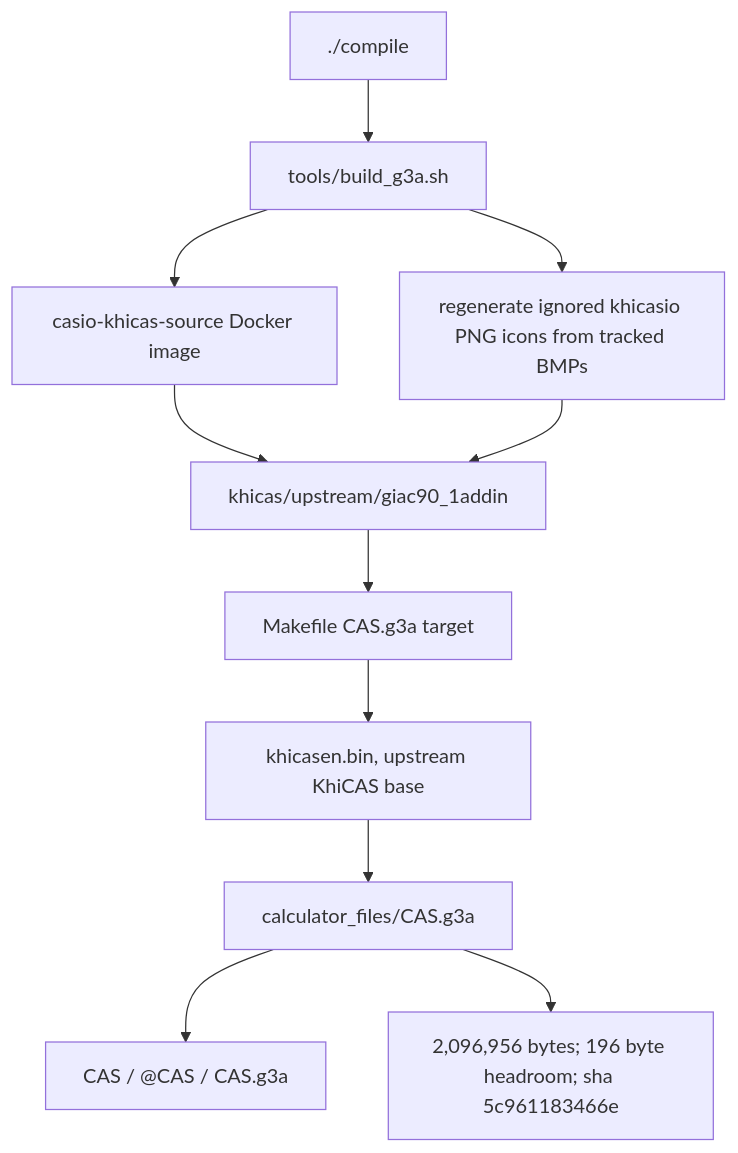
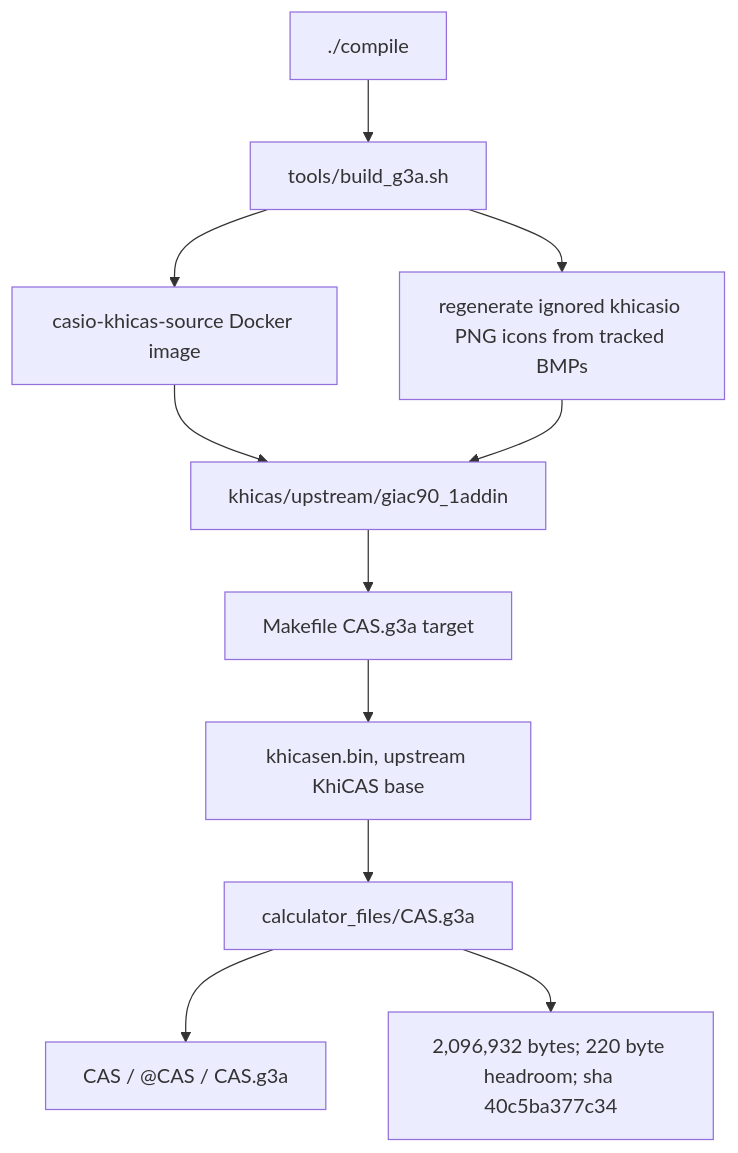
Before and after one commit to james8464/notes-addin-casio-fx-cg50: the first of 6 diagrams in docs/GRAPH.md, drawn with Mermaid. The commit also changed other lines of this file and 4 other files, not shown here.

````diff
--- a/docs/GRAPH.md
+++ b/docs/GRAPH.md
@@ -7,13 +7,13 @@
 ```mermaid
 graph TD
   Compile["./compile"] --> Build["tools/build_g3a.sh"]
   Build --> Docker["casio-khicas-source Docker image"]
   Docker --> Src["khicas/upstream/giac90_1addin"]
   Build --> Icons["regenerate ignored khicasio PNG icons from tracked BMPs"]
   Icons --> Src
   Src --> Make["Makefile CAS.g3a target"]
   Make --> Bin["khicasen.bin, upstream KhiCAS base"]
   Bin --> G3A["calculator_files/CAS.g3a"]
   G3A --> Meta["CAS / @CAS / CAS.g3a"]
-  G3A --> Size["2,096,956 bytes; 196 byte headroom; sha 5c961183466e"]
+  G3A --> Size["2,096,932 bytes; 220 byte headroom; sha 40c5ba377c34"]
 ```
````
